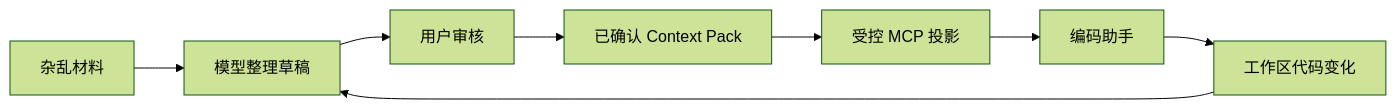
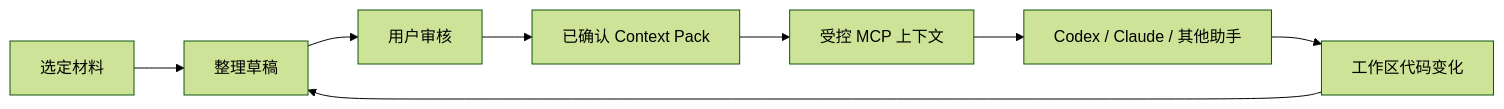
Before and after one commit to NoraSoong/Nexus: the diagram in README.zh.md, drawn with Mermaid (forest theme). The commit also changed other lines of this file and 1 other file, not shown here.

````diff
--- a/README.zh.md
+++ b/README.zh.md
@@ -28,10 +36,10 @@
 ```mermaid
 flowchart LR
-    Materials["杂乱材料"] --> Draft["模型整理草稿"]
+    Materials["选定材料"] --> Draft["整理草稿"]
     Draft --> Review["用户审核"]
     Review --> Pack["已确认 Context Pack"]
-    Pack --> MCP["受控 MCP 投影"]
-    MCP --> Assistants["编码助手"]
-    Assistants --> Git["工作区代码变化"]
+    Pack --> MCP["受控 MCP 上下文"]
+    MCP --> Assistant["Codex / Claude / 其他助手"]
+    Assistant --> Git["工作区代码变化"]
     Git --> Draft
 ```
````
